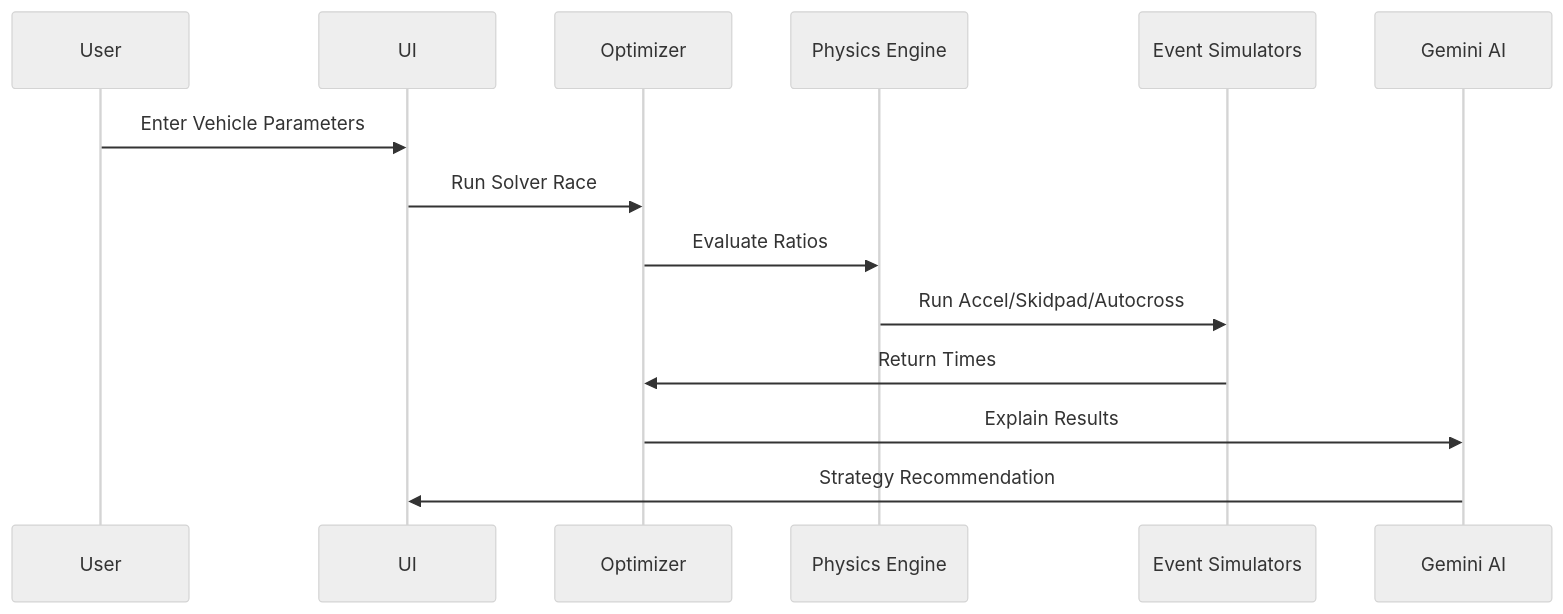
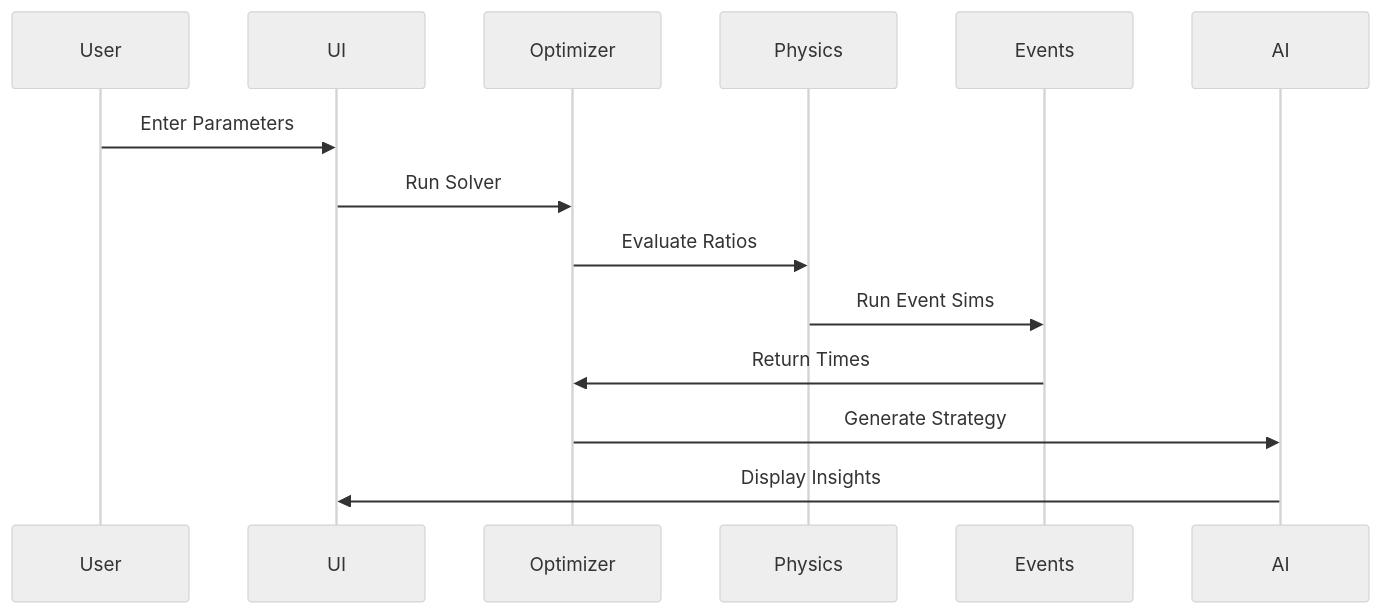
The third of 6 diagrams in README.md (Punyamittal/gear-lab-pro), drawn with Mermaid (neutral theme) before and after one commit. The commit also changed other lines of this file, not shown here.

````diff
--- a/README.md
+++ b/README.md
@@ -77,11 +79,17 @@
 ```mermaid
 sequenceDiagram
+    participant User
+    participant UI
+    participant Optimizer
+    participant Physics
+    participant Events
+    participant AI
 
-User->>UI: Enter Vehicle Parameters
-UI->>Optimizer: Run Solver Race
-Optimizer->>Physics Engine: Evaluate Ratios
-Physics Engine->>Event Simulators: Run Accel/Skidpad/Autocross
-Event Simulators->>Optimizer: Return Times
-Optimizer->>Gemini AI: Explain Results
-Gemini AI->>UI: Strategy Recommendation
+    User->>UI: Enter Parameters
+    UI->>Optimizer: Run Solver
+    Optimizer->>Physics: Evaluate Ratios
+    Physics->>Events: Run Event Sims
+    Events->>Optimizer: Return Times
+    Optimizer->>AI: Generate Strategy
+    AI->>UI: Display Insights
 ```
````
